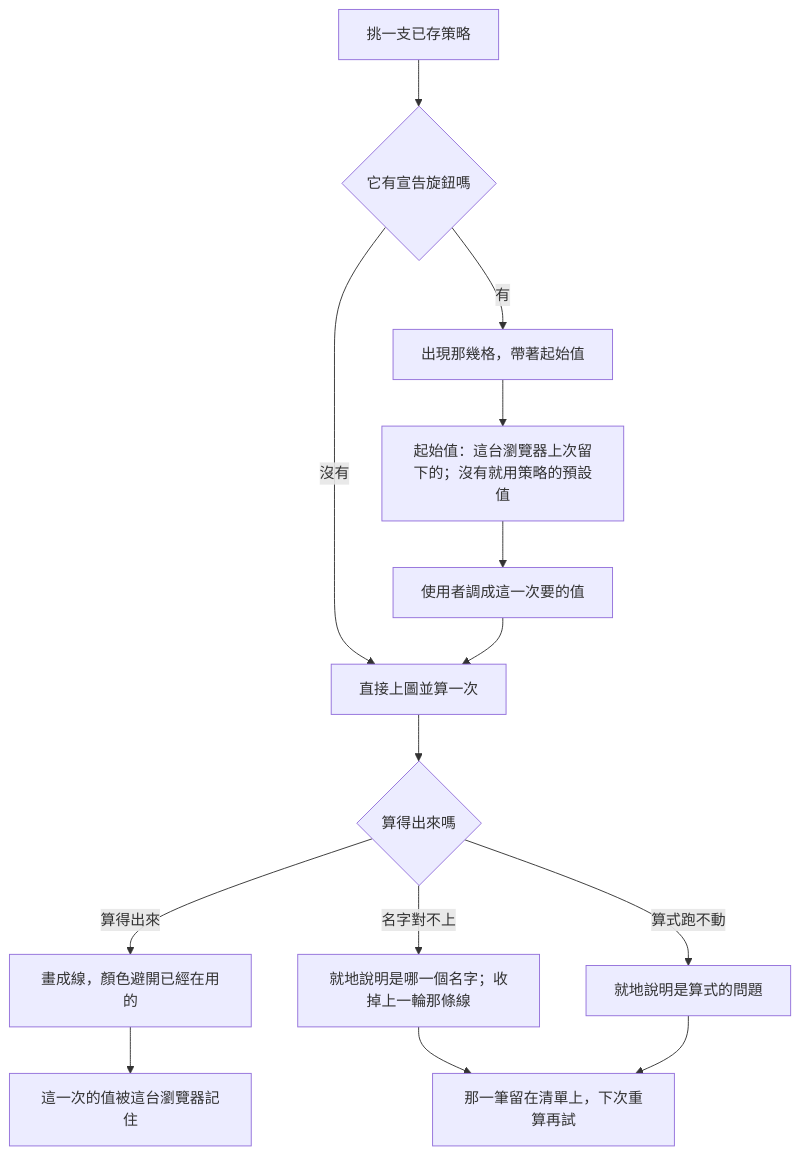
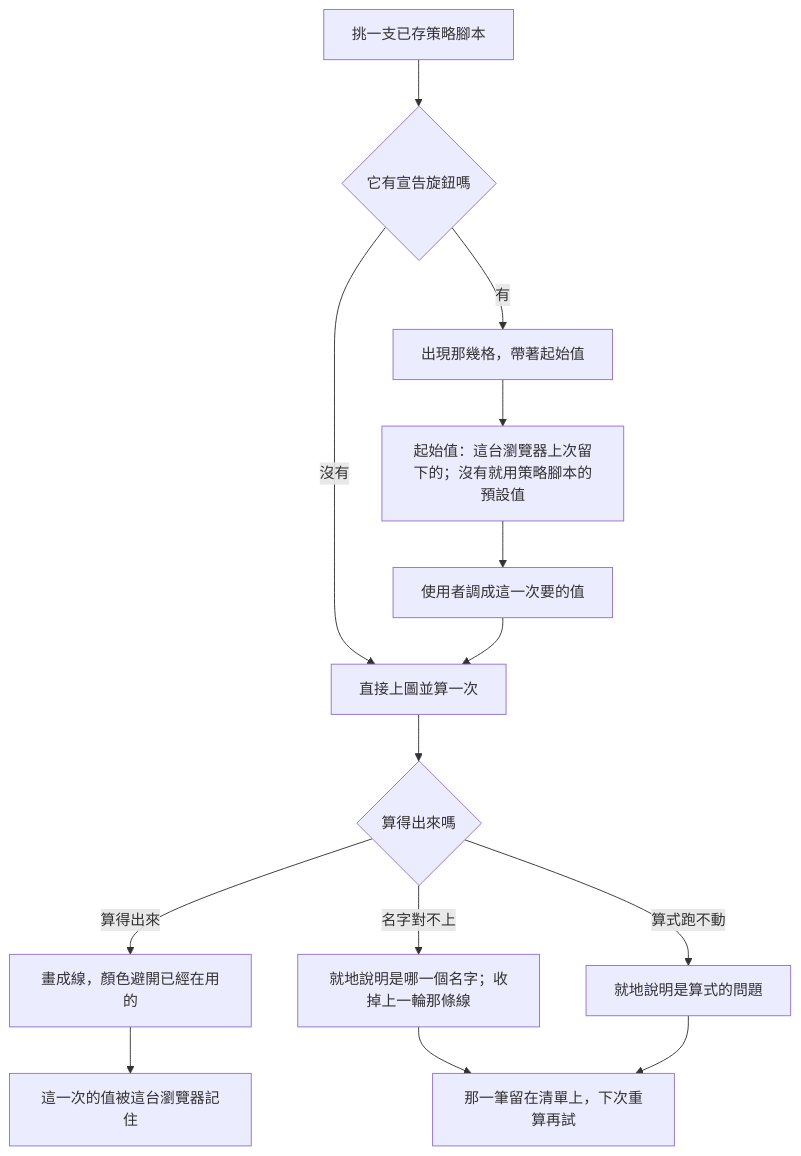
Before and after one commit to CodeMachine0121/go-trading-frontend: the diagram in .sdd/2026-09-04-chart-indicator-parameters/PRD.md, drawn with Mermaid. The commit also changed other lines of this file and 324 other files, not shown here.

````diff
--- a/.sdd/2026-09-04-chart-indicator-parameters/PRD.md
+++ b/.sdd/2026-09-04-chart-indicator-parameters/PRD.md
@@ -266,16 +266,16 @@
 ```mermaid
 flowchart TD
-    A[挑一支已存策略] --> B{它有宣告旋鈕嗎}
+    A[挑一支已存策略腳本] --> B{它有宣告旋鈕嗎}
     B -- 沒有 --> E[直接上圖並算一次]
     B -- 有 --> C[出現那幾格，帶著起始值]
-    C --> C1[起始值：這台瀏覽器上次留下的；沒有就用策略的預設值]
+    C --> C1[起始值：這台瀏覽器上次留下的；沒有就用策略腳本的預設值]
     C1 --> D[使用者調成這一次要的值]
     D --> E
     E --> F{算得出來嗎}
     F -- 算得出來 --> G[畫成線，顏色避開已經在用的]
     F -- 名字對不上 --> H[就地說明是哪一個名字；收掉上一輪那條線]
     F -- 算式跑不動 --> I[就地說明是算式的問題]
     G --> J[這一次的值被這台瀏覽器記住]
     H --> K[那一筆留在清單上，下次重算再試]
     I --> K
 ```
````
